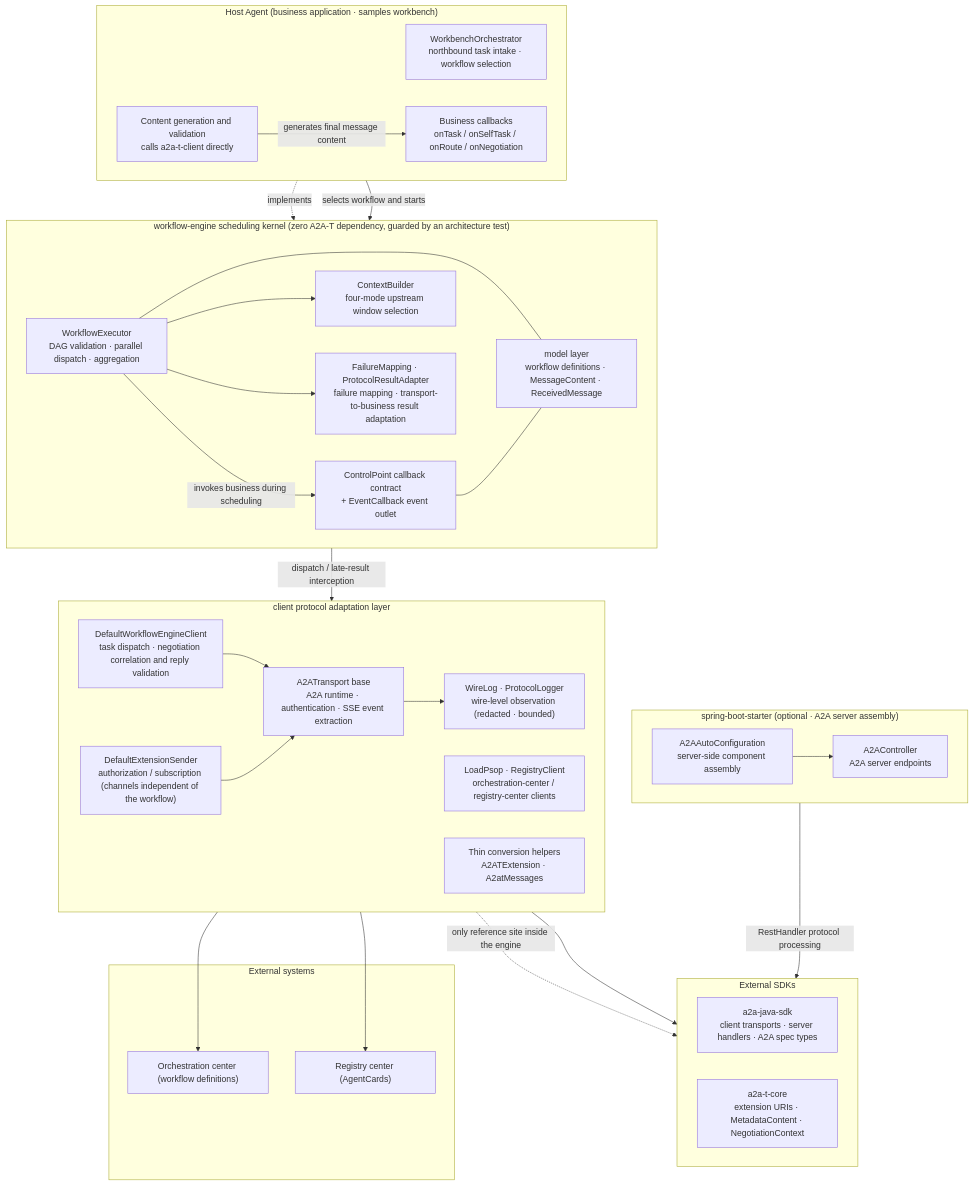
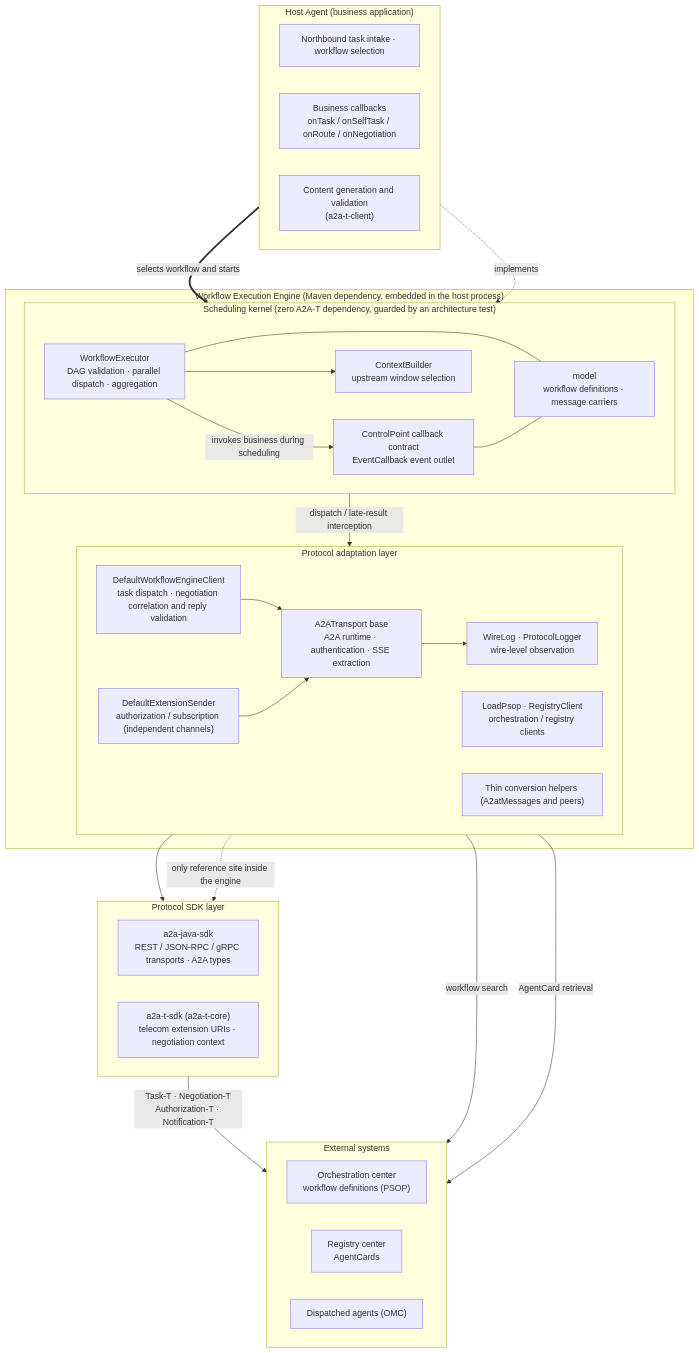
One commit to Zhoujie628/workflow-engine-sdk-java changed the third of 5 diagrams in docs/en/DESIGN.md. Above: the diagram before and after it, drawn with Mermaid. The commit also changed other lines of this file and 1 other file, not shown here.

Commit message:
docs: focus the module view on the engine and its external participants
Drop the starter from the module view per review: the diagram now highlights the engine's relationships top-down - host agent (starts the engine and implements the callbacks), the scheduling kernel and protocol adaptation inside the engine, the two SDK layers (a2a-java-sdk transports, a2a-t-sdk types), and the external systems: orchestration center, registry center, and dispatched agents (OMC) with the four A2A-T interaction types.

````diff
--- a/docs/en/DESIGN.md
+++ b/docs/en/DESIGN.md
@@ -131,64 +131,57 @@
 ```mermaid
 flowchart TB
-    subgraph HOST["Host Agent (business application · samples workbench)"]
+    subgraph HOST["Host Agent (business application)"]
         direction LR
-        WB["WorkbenchOrchestrator<br/>northbound task intake · workflow selection"]
+        WB["Northbound task intake · workflow selection"]
         BIZ["Business callbacks<br/>onTask / onSelfTask / onRoute / onNegotiation"]
-        GEN["Content generation and validation<br/>calls a2a-t-client directly"]
+        GEN["Content generation and validation<br/>(a2a-t-client)"]
     end
 
-    subgraph KERNEL["workflow-engine scheduling kernel (zero A2A-T dependency, guarded by an architecture test)"]
-        direction LR
-        EXE["WorkflowExecutor<br/>DAG validation · parallel dispatch · aggregation"]
-        CTXB["ContextBuilder<br/>four-mode upstream window selection"]
-        ADAPT["FailureMapping · ProtocolResultAdapter<br/>failure mapping · transport-to-business result adaptation"]
-        CP["ControlPoint callback contract<br/>+ EventCallback event outlet"]
-        MODEL["model layer<br/>workflow definitions · MessageContent · ReceivedMessage"]
+    subgraph ENGINE["Workflow Execution Engine (Maven dependency, embedded in the host process)"]
+        subgraph KERNEL["Scheduling kernel (zero A2A-T dependency, guarded by an architecture test)"]
+            direction LR
+            EXE["WorkflowExecutor<br/>DAG validation · parallel dispatch · aggregation"]
+            CTXB["ContextBuilder<br/>upstream window selection"]
+            CP["ControlPoint callback contract<br/>EventCallback event outlet"]
+            MODEL["model<br/>workflow definitions · message carriers"]
+        end
+        subgraph ADAPTER["Protocol adaptation layer"]
+            direction LR
+            WEC["DefaultWorkflowEngineClient<br/>task dispatch · negotiation correlation and reply validation"]
+            EXT["DefaultExtensionSender<br/>authorization / subscription (independent channels)"]
+            TRANS["A2ATransport base<br/>A2A runtime · authentication · SSE extraction"]
+            OBSV["WireLog · ProtocolLogger<br/>wire-level observation"]
+            REGC["LoadPsop · RegistryClient<br/>orchestration / registry clients"]
+            MSG["Thin conversion helpers (A2atMessages and peers)"]
+        end
     end
 
-    subgraph ADAPTER["client protocol adaptation layer"]
+    subgraph SDK["Protocol SDK layer"]
         direction LR
-        WEC["DefaultWorkflowEngineClient<br/>task dispatch · negotiation correlation and reply validation"]
-        EXT["DefaultExtensionSender<br/>authorization / subscription (channels independent of the workflow)"]
-        TRANS["A2ATransport base<br/>A2A runtime · authentication · SSE event extraction"]
-        OBSV["WireLog · ProtocolLogger<br/>wire-level observation (redacted · bounded)"]
-        REGC["LoadPsop · RegistryClient<br/>orchestration-center / registry-center clients"]
-        MSG["Thin conversion helpers<br/>A2ATExtension · A2atMessages"]
-    end
-
-    subgraph STARTER["spring-boot-starter (optional · A2A server assembly)"]
-        direction LR
-        AUTO["A2AAutoConfiguration<br/>server-side component assembly"]
-        EP["A2AController<br/>A2A server endpoints"]
-    end
-
-    subgraph EXTSDK["External SDKs"]
-        direction LR
-        A2AJ["a2a-java-sdk<br/>client transports · server handlers · A2A spec types"]
-        A2ATC["a2a-t-core<br/>extension URIs · MetadataContent · NegotiationContext"]
+        A2AJ["a2a-java-sdk<br/>REST / JSON-RPC / gRPC transports · A2A types"]
+        A2ATC["a2a-t-sdk (a2a-t-core)<br/>telecom extension URIs · negotiation context"]
     end
 
     subgraph SYS["External systems"]
-        ORCH["Orchestration center (workflow definitions)"]
-        REGT["Registry center (AgentCards)"]
+        direction LR
+        ORCH["Orchestration center<br/>workflow definitions (PSOP)"]
+        REGT["Registry center<br/>AgentCards"]
+        OMC["Dispatched agents (OMC)"]
     end
 
-    WB -->|"selects workflow and starts"| EXE
+    WB ==>|"selects workflow and starts"| EXE
     BIZ -.->|"implements"| CP
-    GEN -->|"generates final message content"| BIZ
     EXE -->|"invokes business during scheduling"| CP
     EXE --- MODEL
     CP --- MODEL
     EXE --> CTXB
-    EXE --> ADAPT
     EXE -->|"dispatch / late-result interception"| WEC
     WEC --> TRANS
     EXT --> TRANS
     TRANS --> OBSV
     TRANS --> A2AJ
     MSG -.->|"only reference site inside the engine"| A2ATC
-    REGC --> ORCH
-    REGC --> REGT
-    AUTO --> EP
-    EP -->|"RestHandler protocol processing"| A2AJ
+    A2AJ -->|"Task-T · Negotiation-T<br/>Authorization-T · Notification-T"| OMC
+    REGC -->|"workflow search"| ORCH
+    REGC -->|"AgentCard retrieval"| REGT
 ```
````
